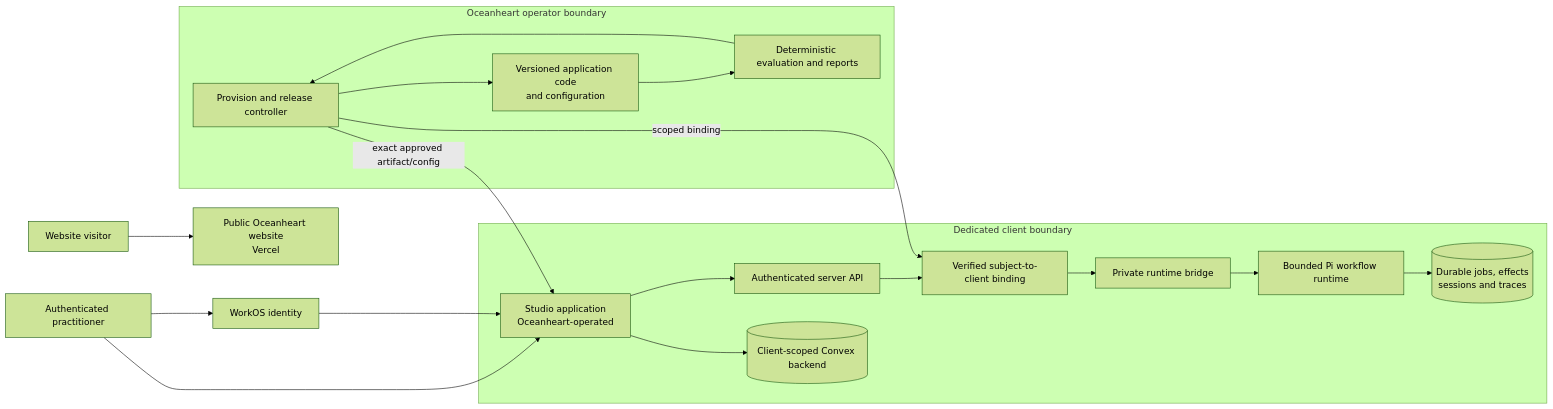
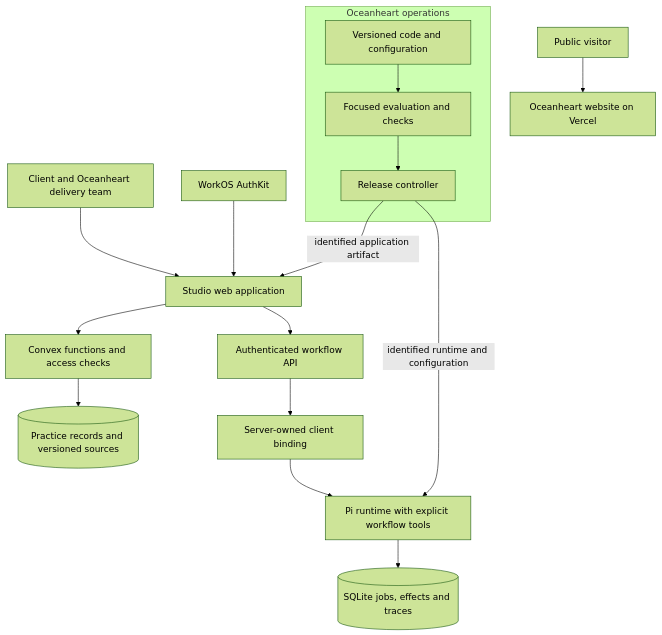
Before and after one commit to rickhallett/oceanheart: the second of 4 diagrams in README.md, drawn with Mermaid (forest theme). The commit also changed other lines of this file, not shown here.

Commit message:
Frame Studio around supported client workflow delivery

````diff
--- a/README.md
+++ b/README.md
@@ -28,29 +51,20 @@
 ```mermaid
-flowchart LR
-    Visitor[Website visitor] --> Public[Public Oceanheart website<br/>Vercel]
+flowchart TB
+    People[Client and Oceanheart delivery team] --> App[Studio web application]
+    Identity[WorkOS AuthKit] --> App
+    App --> Backend[Convex functions and access checks]
+    Backend --> Records[(Practice records and versioned sources)]
+    App --> API[Authenticated workflow API]
+    API --> Binding[Server-owned client binding]
+    Binding --> Runtime[Pi runtime with explicit workflow tools]
+    Runtime --> Ledger[(SQLite jobs, effects and traces)]
 
-    Practitioner[Authenticated practitioner] --> StudioApp[Studio application<br/>Oceanheart-operated]
-    Practitioner --> WorkOS[WorkOS identity]
-    WorkOS --> StudioApp
+    subgraph Operations[Oceanheart operations]
+        Code[Versioned code and configuration] --> Checks[Focused evaluation and checks]
+        Checks --> Release[Release controller]
+    end
+    Release -->|identified application artifact| App
+    Release -->|identified runtime and configuration| Runtime
 
-    subgraph ClientBoundary[Dedicated client boundary]
-        StudioApp --> AppAPI[Authenticated server API]
-        AppAPI --> Binding[Verified subject-to-client binding]
-        Binding --> Bridge[Private runtime bridge]
-        Bridge --> Runtime[Bounded Pi workflow runtime]
-        Runtime --> Ledger[(Durable jobs, effects<br/>sessions and traces)]
-        StudioApp --> ClientData[(Client-scoped Convex backend)]
-    end
-
-    subgraph OperatorBoundary[Oceanheart operator boundary]
-        Controller[Provision and release controller]
-        Repo[Versioned application code<br/>and configuration]
-        Eval[Deterministic evaluation and reports]
-        Controller --> Repo
-        Repo --> Eval
-        Eval --> Controller
-    end
-
-    Controller -->|exact approved artifact/config| StudioApp
-    Controller -->|scoped binding| Binding
+    Visitor[Public visitor] --> Website[Oceanheart website on Vercel]
 ```
````
